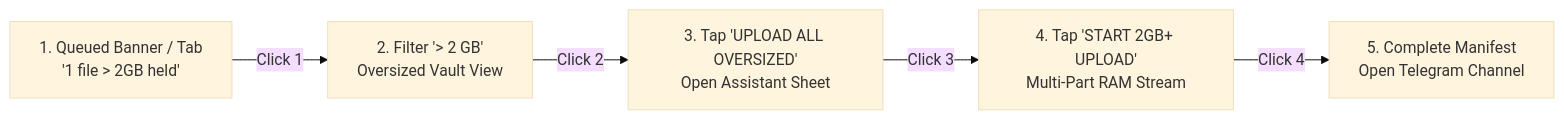
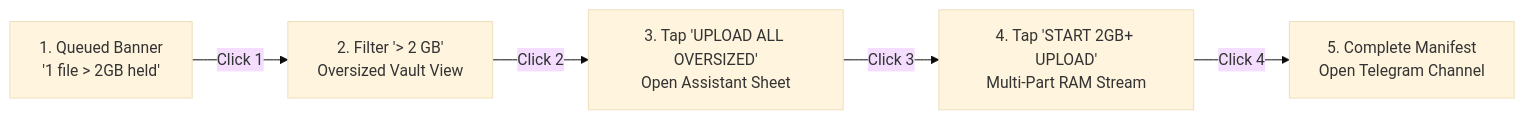
The diagram in README.md (Reddirector/ValtSky), drawn with Mermaid (base theme) before and after one commit. The commit also changed other lines of this file and 31 other files, not shown here.

````diff
--- a/README.md
+++ b/README.md
@@ -84,7 +106,7 @@
 ```mermaid
 flowchart LR
-    A["1. Queued Banner / Tab<br/>'1 file > 2GB held'"] -->|Click 1| B["2. Filter '> 2 GB'<br/>Oversized Vault View"]
+    A["1. Queued Banner<br/>'1 file > 2GB held'"] -->|Click 1| B["2. Filter '> 2 GB'<br/>Oversized Vault View"]
     B -->|Click 2| C["3. Tap 'UPLOAD ALL OVERSIZED'<br/>Open Assistant Sheet"]
     C -->|Click 3| D["4. Tap 'START 2GB+ UPLOAD'<br/>Multi-Part RAM Stream"]
     D -->|Click 4| E["5. Complete Manifest<br/>Open Telegram Channel"]
 ```
````
